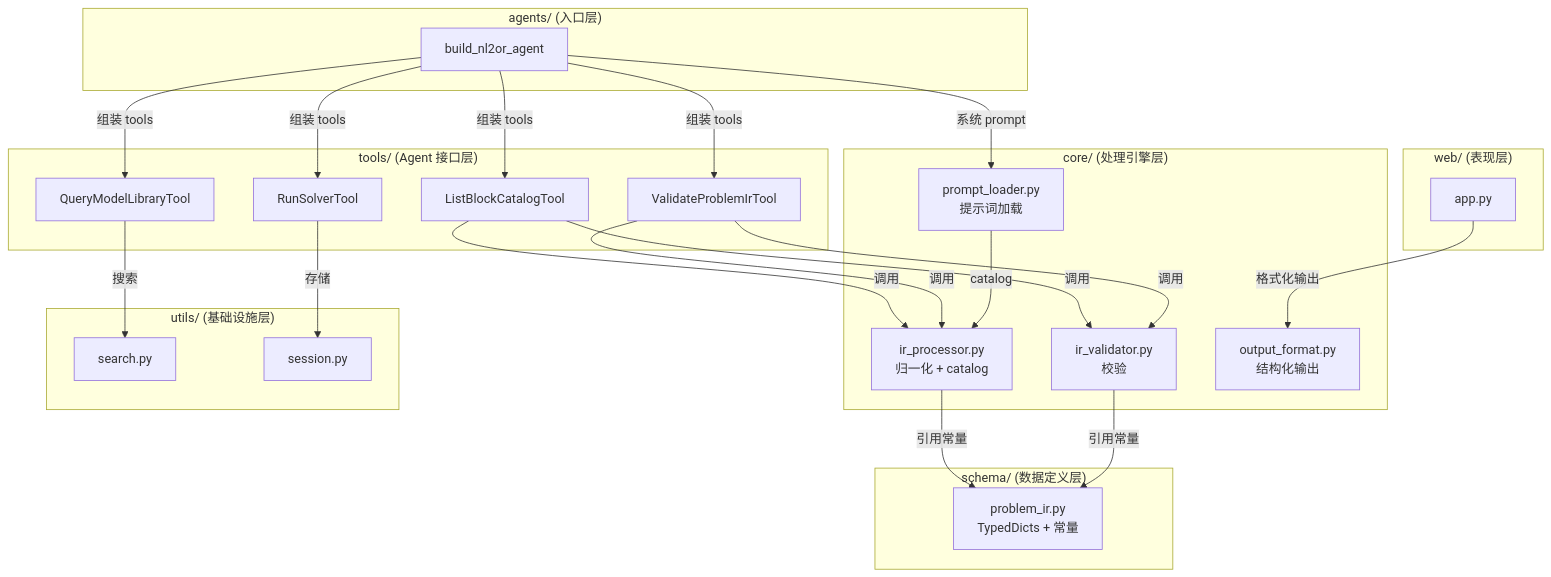
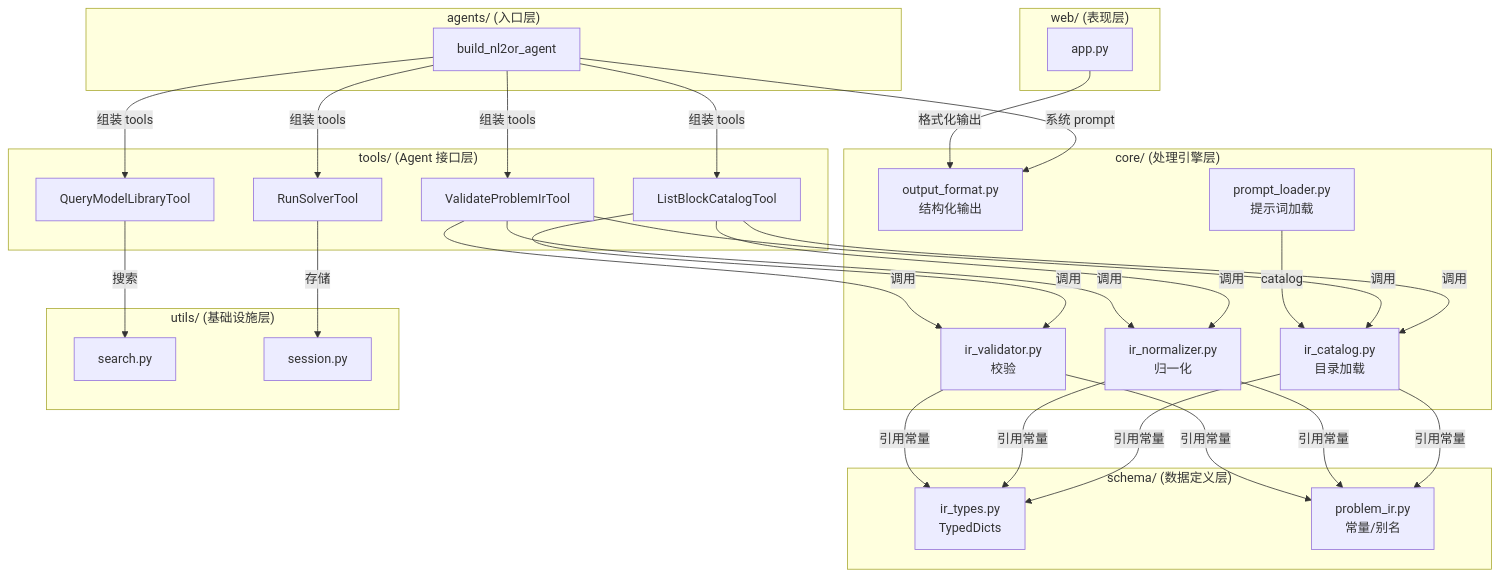
One commit to suifengwudong/NL2OR_agent changed the diagram in nl2or_agent/README.md. Above: the diagram before and after it, drawn with Mermaid. The commit also changed other lines of this file and 20 other files, not shown here.

````diff
--- a/nl2or_agent/README.md
+++ b/nl2or_agent/README.md
@@ -160,42 +164,44 @@
 ```mermaid
 graph TD
     subgraph "agents/ (入口层)"
         A[build_nl2or_agent]
     end
 
     subgraph "tools/ (Agent 接口层)"
         T1[ListBlockCatalogTool]
         T2[ValidateProblemIrTool]
         T3[QueryModelLibraryTool]
         T4[RunSolverTool]
     end
 
     subgraph "core/ (处理引擎层)"
-        C1["ir_processor.py<br/>归一化 + catalog"]
-        C2["ir_validator.py<br/>校验"]
-        C3["output_format.py<br/>结构化输出"]
-        C4["prompt_loader.py<br/>提示词加载"]
+        C1["ir_catalog.py<br/>目录加载"]
+        C2["ir_normalizer.py<br/>归一化"]
+        C3["ir_validator.py<br/>校验"]
+        C4["output_format.py<br/>结构化输出"]
+        C5["prompt_loader.py<br/>提示词加载"]
     end
 
     subgraph "schema/ (数据定义层)"
-        S1["problem_ir.py<br/>TypedDicts + 常量"]
+        S1["ir_types.py<br/>TypedDicts"]
+        S2["problem_ir.py<br/>常量/别名"]
     end
 
     subgraph "utils/ (基础设施层)"
         U1["search.py"]
         U2["session.py"]
     end
 
     subgraph "web/ (表现层)"
         W1["app.py"]
     end
 
     A -->|组装 tools| T1 & T2 & T3 & T4
     A -->|系统 prompt| C4
-    T1 & T2 -->|调用| C1 & C2
+    T1 & T2 -->|调用| C1 & C2 & C3
     T3 -->|搜索| U1
     T4 -->|存储| U2
-    C1 & C2 -->|引用常量| S1
-    C4 -->|catalog| C1
-    W1 -->|格式化输出| C3
+    C1 & C2 & C3 -->|引用常量| S1 & S2
+    C5 -->|catalog| C1
+    W1 -->|格式化输出| C4
 ```
````
